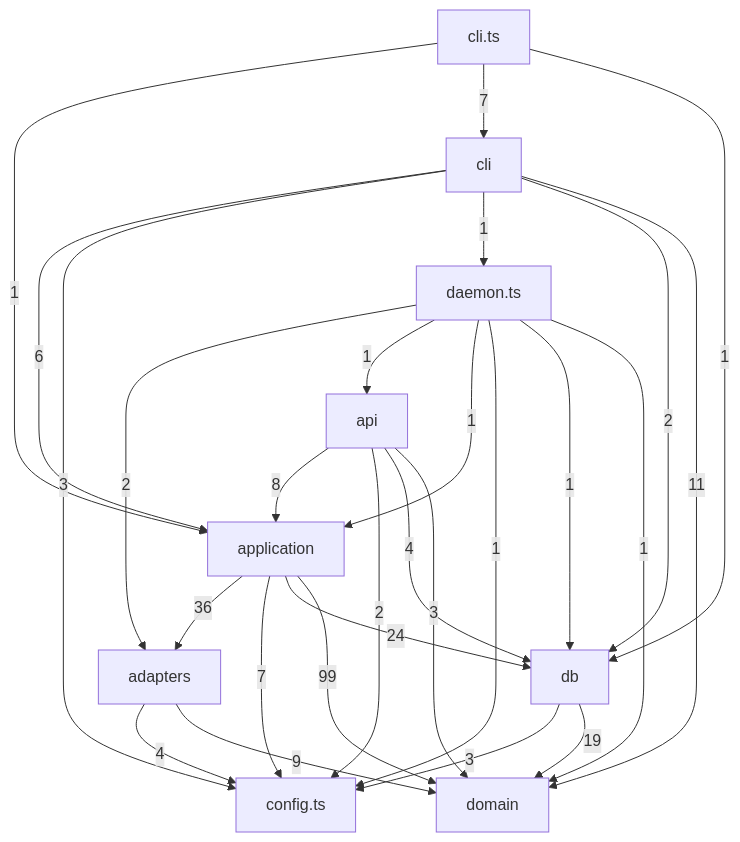
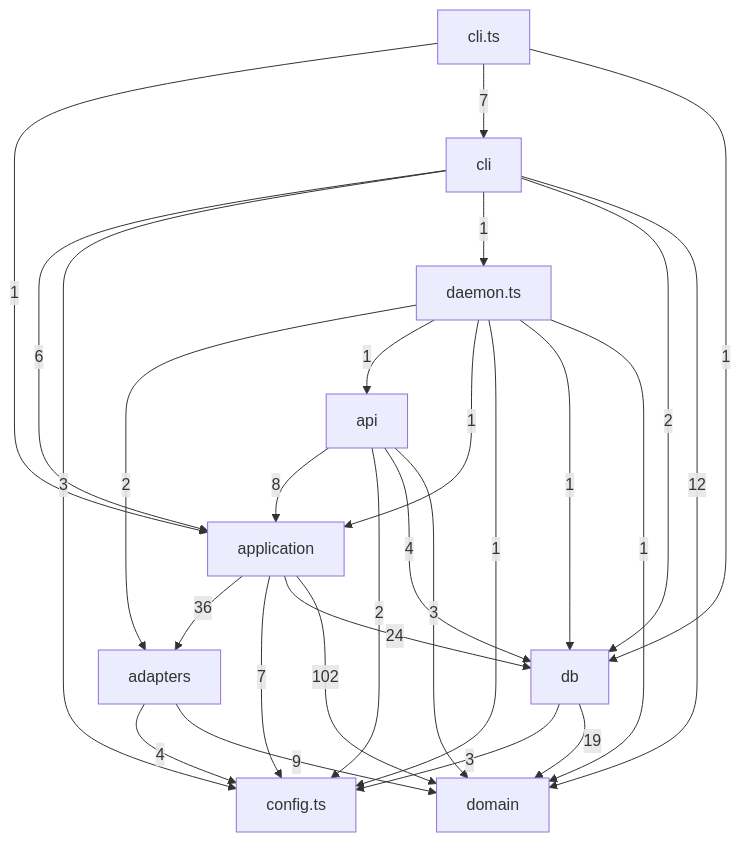
One commit to tomrobdev/agentdeck changed the third of 5 diagrams in docs/architecture.md. Above: the diagram before and after it, drawn with Mermaid. The commit also changed other lines of this file and 8 other files, not shown here.

````diff
--- a/docs/architecture.md
+++ b/docs/architecture.md
@@ -95,38 +95,38 @@
 ```mermaid
 flowchart TD
   adapters["adapters"]
   api["api"]
   application["application"]
   cli["cli"]
   cli_ts["cli.ts"]
   config_ts["config.ts"]
   daemon_ts["daemon.ts"]
   db["db"]
   domain["domain"]
   adapters -->|4| config_ts
   adapters -->|9| domain
   api -->|8| application
   api -->|2| config_ts
   api -->|4| db
   api -->|3| domain
   application -->|36| adapters
   application -->|7| config_ts
   application -->|24| db
-  application -->|99| domain
+  application -->|102| domain
   cli_ts -->|1| application
   cli_ts -->|7| cli
   cli_ts -->|1| db
   cli -->|6| application
   cli -->|3| config_ts
   cli -->|1| daemon_ts
   cli -->|2| db
-  cli -->|11| domain
+  cli -->|12| domain
   daemon_ts -->|2| adapters
   daemon_ts -->|1| api
   daemon_ts -->|1| application
   daemon_ts -->|1| config_ts
   daemon_ts -->|1| db
   daemon_ts -->|1| domain
   db -->|3| config_ts
   db -->|19| domain
 ```
````
